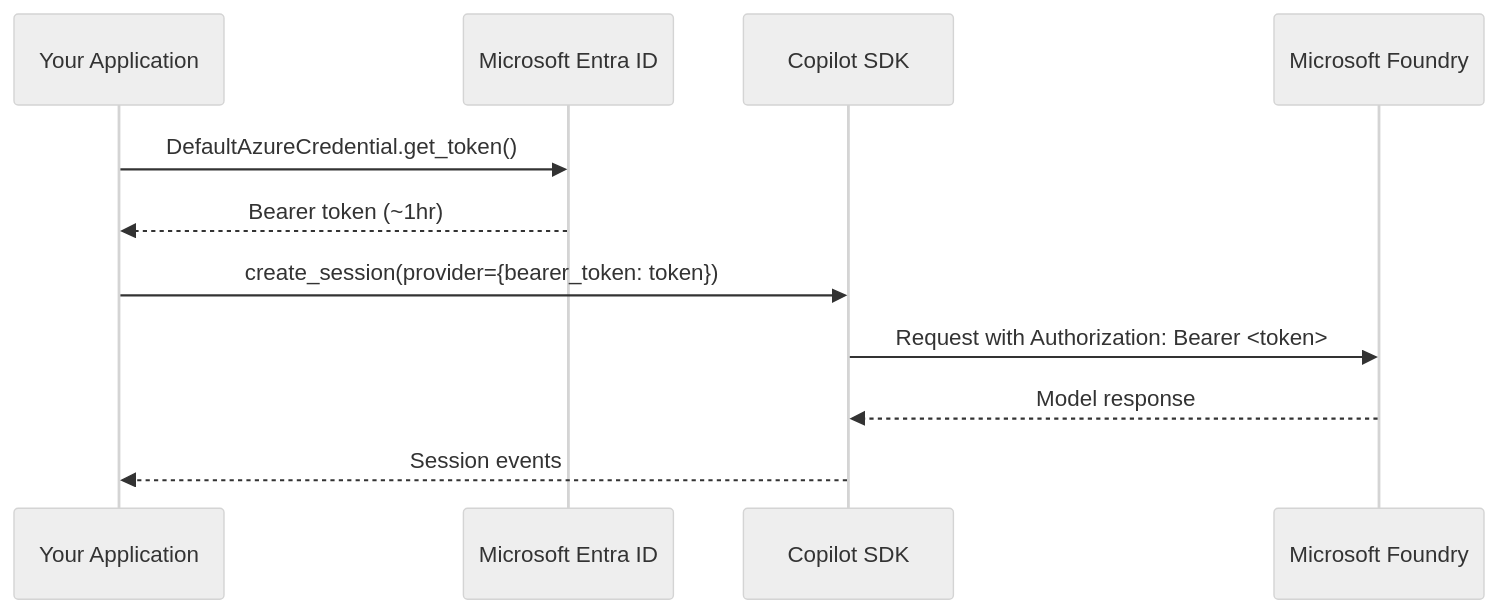
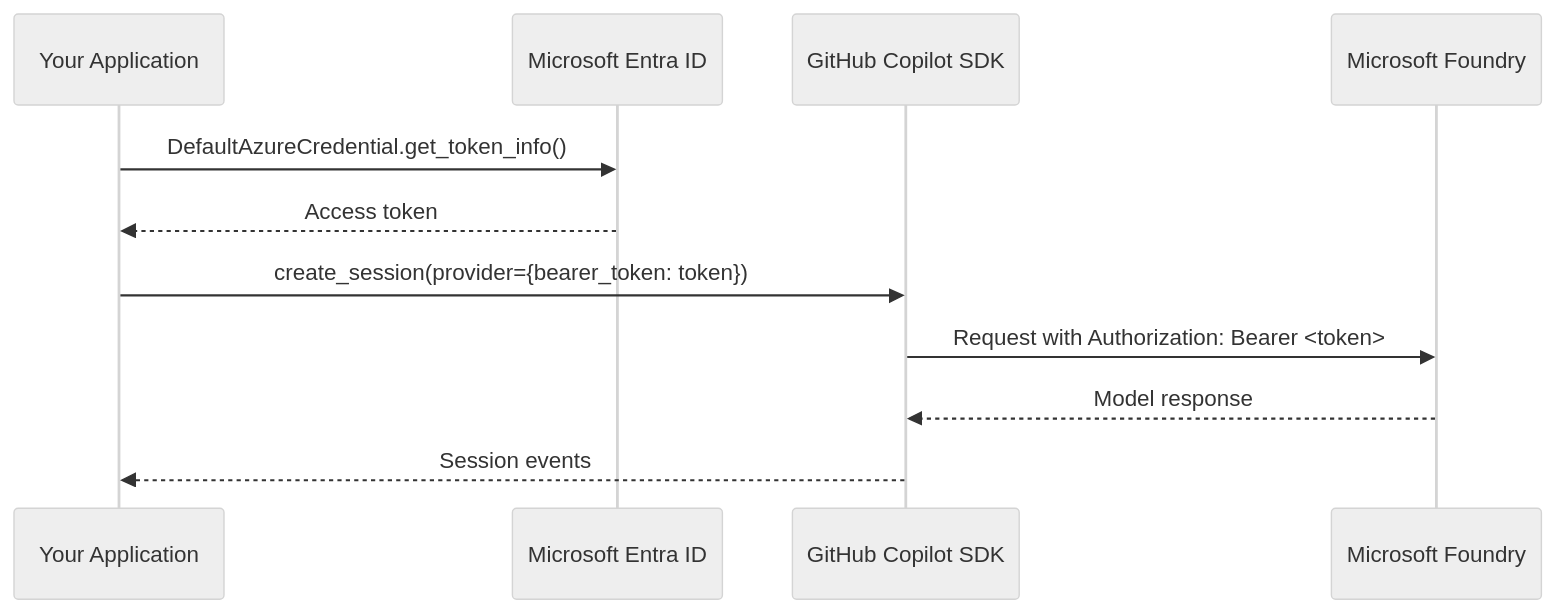
The first of 2 diagrams in docs/setup/azure-managed-identity.md (github/copilot-sdk), drawn with Mermaid (neutral theme) before and after one commit. The commit also changed other lines of this file and 1 other file, not shown here.

````diff
--- a/docs/setup/azure-managed-identity.md
+++ b/docs/setup/azure-managed-identity.md
@@ -15,14 +107,14 @@
 ```mermaid
 sequenceDiagram
     participant App as Your Application
     participant MEID as Microsoft Entra ID
-    participant SDK as Copilot SDK
+    participant SDK as GitHub Copilot SDK
     participant Foundry as Microsoft Foundry
 
-    App->>MEID: DefaultAzureCredential.get_token()
-    MEID-->>App: Bearer token (~1hr)
+    App->>MEID: DefaultAzureCredential.get_token_info()
+    MEID-->>App: Access token
     App->>SDK: create_session(provider={bearer_token: token})
     SDK->>Foundry: Request with Authorization: Bearer <token>
     Foundry-->>SDK: Model response
     SDK-->>App: Session events
 ```
````
